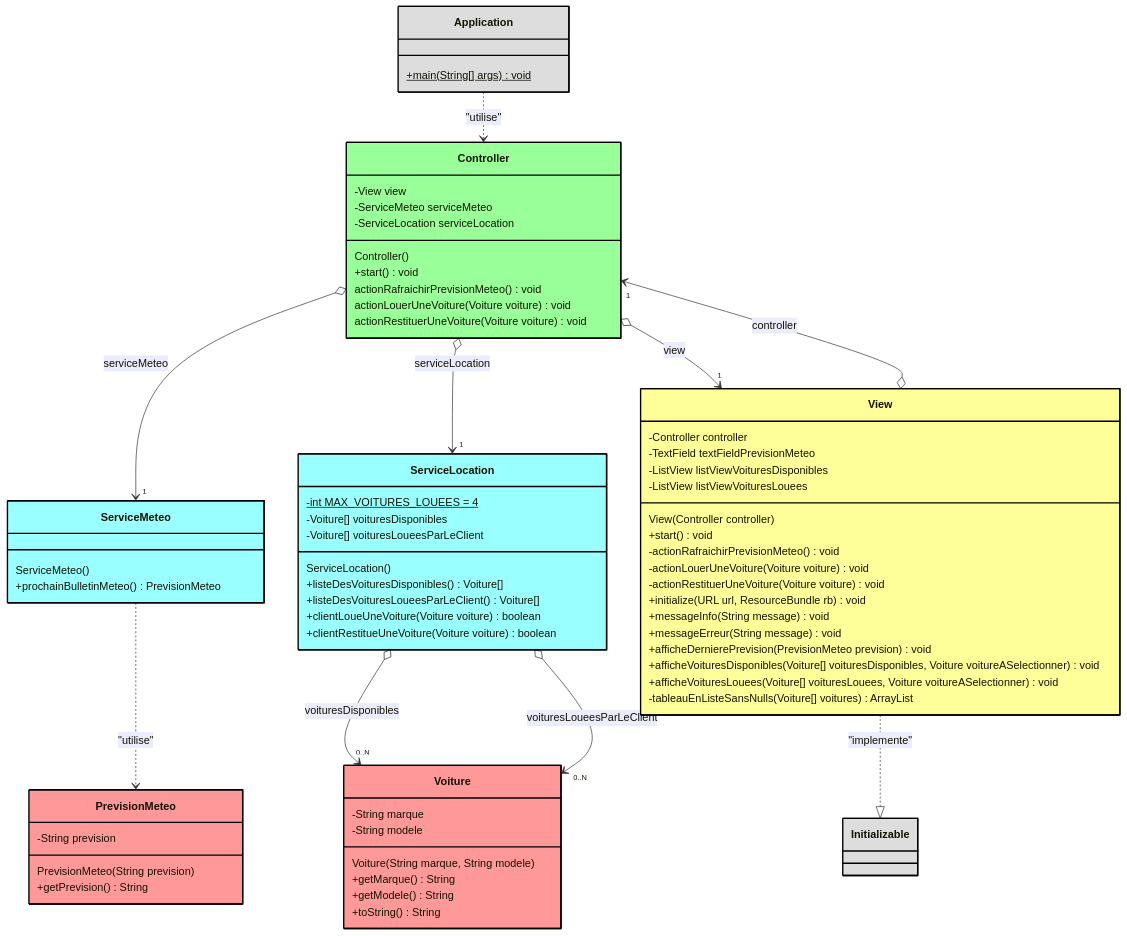
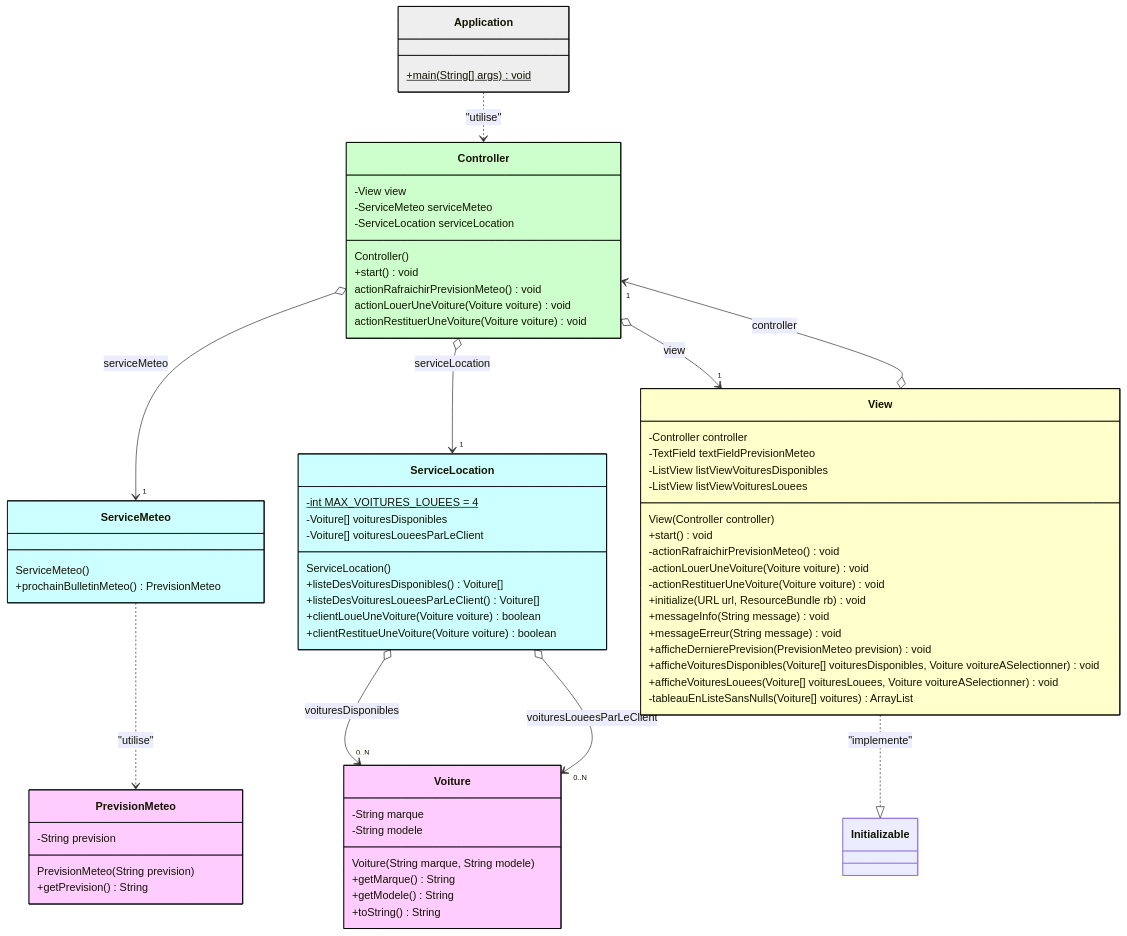
Before and after one commit to emf-info/MVC_FXML_D400_JDK17LTS: the second of 2 diagrams in README.md, drawn with Mermaid. The commit also changed other lines of this file, not shown here.

Commit message:
Correction des couleurs dans les diagrammes de classe

````diff
--- a/README.md
+++ b/README.md
@@ -149,13 +150,13 @@
     ServiceMeteo ..> PrevisionMeteo : "utilise"
     Application ..> Controller : "utilise"
 
-    style Application fill:#ddd,stroke:#000,stroke-width:2px
-    style Initializable fill:#ddd,stroke:#000,stroke-width:2px
-    style View fill:#ff9,stroke:#000,stroke-width:2px
-    style Controller fill:#9f9,stroke:#000,stroke-width:2px
-    style ServiceMeteo fill:#9ff,stroke:#000,stroke-width:2px
-    style ServiceLocation fill:#9ff,stroke:#000,stroke-width:2px
-    style Voiture fill:#f99,stroke:#000,stroke-width:2px
-    style PrevisionMeteo fill:#f99,stroke:#000,stroke-width:2px
+    style View fill:#ffffcc,stroke:#000,stroke-width:1px
+    style Controller fill:#ccffcc,stroke:#000,stroke-width:1px
+    style ServiceMeteo fill:#ccffff,stroke:#000,stroke-width:1px
+    style ServiceLocation fill:#ccffff,stroke:#000,stroke-width:1px
+    style PrevisionMeteo fill:#ffccff,stroke:#000,stroke-width:1px
+    style Voiture fill:#ffccff,stroke:#000,stroke-width:1px
+    style Application fill:#eeeeee,stroke:#000,stroke-width:1px
+
 
 ```
````
